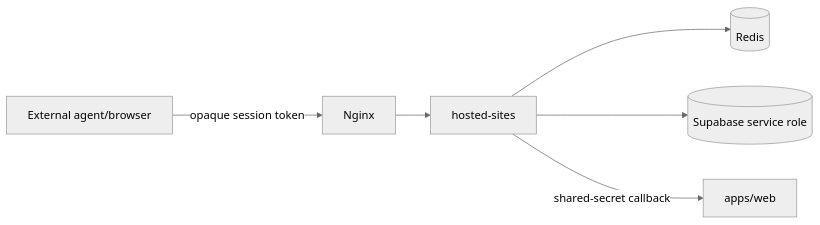
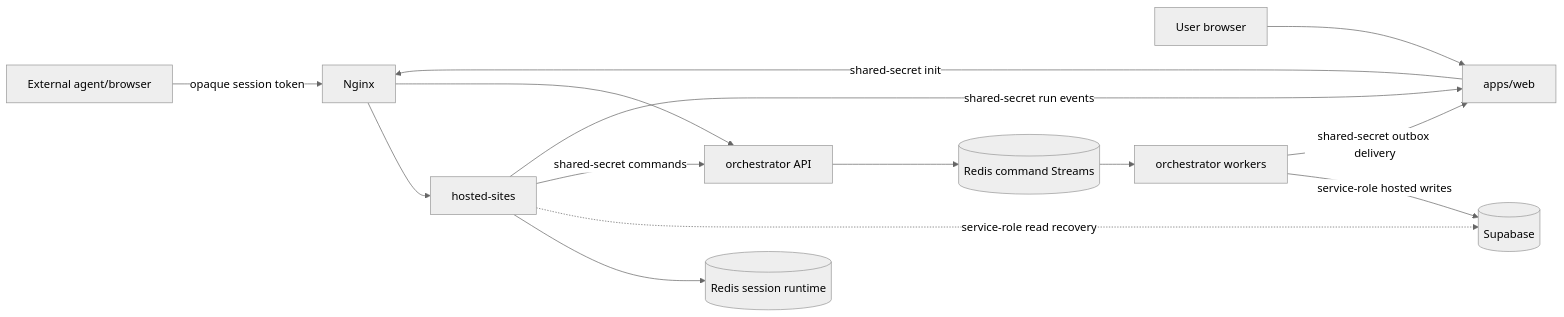
Before and after one commit to Kaiwen0418/agent-benchmark: the diagram in docs/security.md, drawn with Mermaid (neutral theme). The commit also changed other lines of this file and 7 other files, not shown here.

Commit message:
docs: align architecture and runtime data flow (#67)

````diff
--- a/docs/security.md
+++ b/docs/security.md
@@ -7,8 +7,16 @@
 ```mermaid
 flowchart LR
   Untrusted["External agent/browser"] -->|"opaque session token"| Gateway["Nginx"]
+  User["User browser"] --> Web["apps/web"]
   Gateway --> Sites["hosted-sites"]
-  Sites --> Redis[("Redis")]
-  Sites --> DB[("Supabase service role")]
-  Sites -->|"shared-secret callback"| Web["apps/web"]
+  Web -->|"shared-secret init"| Gateway
+  Gateway --> OrchestratorAPI["orchestrator API"]
+  Sites --> SessionRedis[("Redis session runtime")]
+  Sites -.->|"service-role read recovery"| DB[("Supabase")]
+  Sites -->|"shared-secret commands"| OrchestratorAPI
+  OrchestratorAPI --> CommandRedis[("Redis command Streams")]
+  CommandRedis --> Workers["orchestrator workers"]
+  Workers -->|"service-role hosted writes"| DB
+  Sites -->|"shared-secret run events"| Web
+  Workers -->|"shared-secret outbox delivery"| Web
 ```
````
